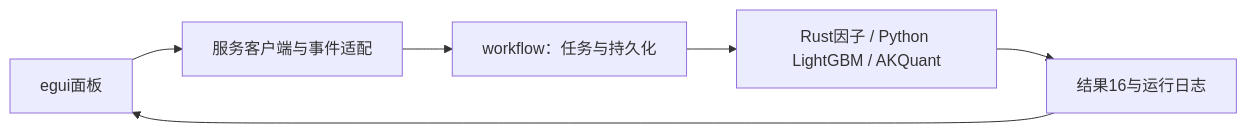
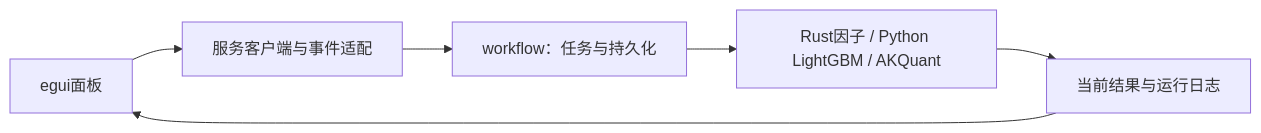
The diagram in crates/app/README.md (Dennishaha/JFQuant), drawn with Mermaid before and after one commit. The commit also changed other lines of this file and 84 other files, not shown here.

Commit message:
refactor: split workflow orchestration and enforce architecture boundaries

````diff
--- a/crates/app/README.md
+++ b/crates/app/README.md
@@ -8,8 +8,8 @@
 ```mermaid
 flowchart LR
  UI[egui面板] --> C[服务客户端与事件适配]
  C --> W[workflow：任务与持久化]
  W --> R[Rust因子 / Python LightGBM / AKQuant]
- R --> O[结果16与运行日志]
+ R --> O[当前结果与运行日志]
  O --> UI
 ```
````
